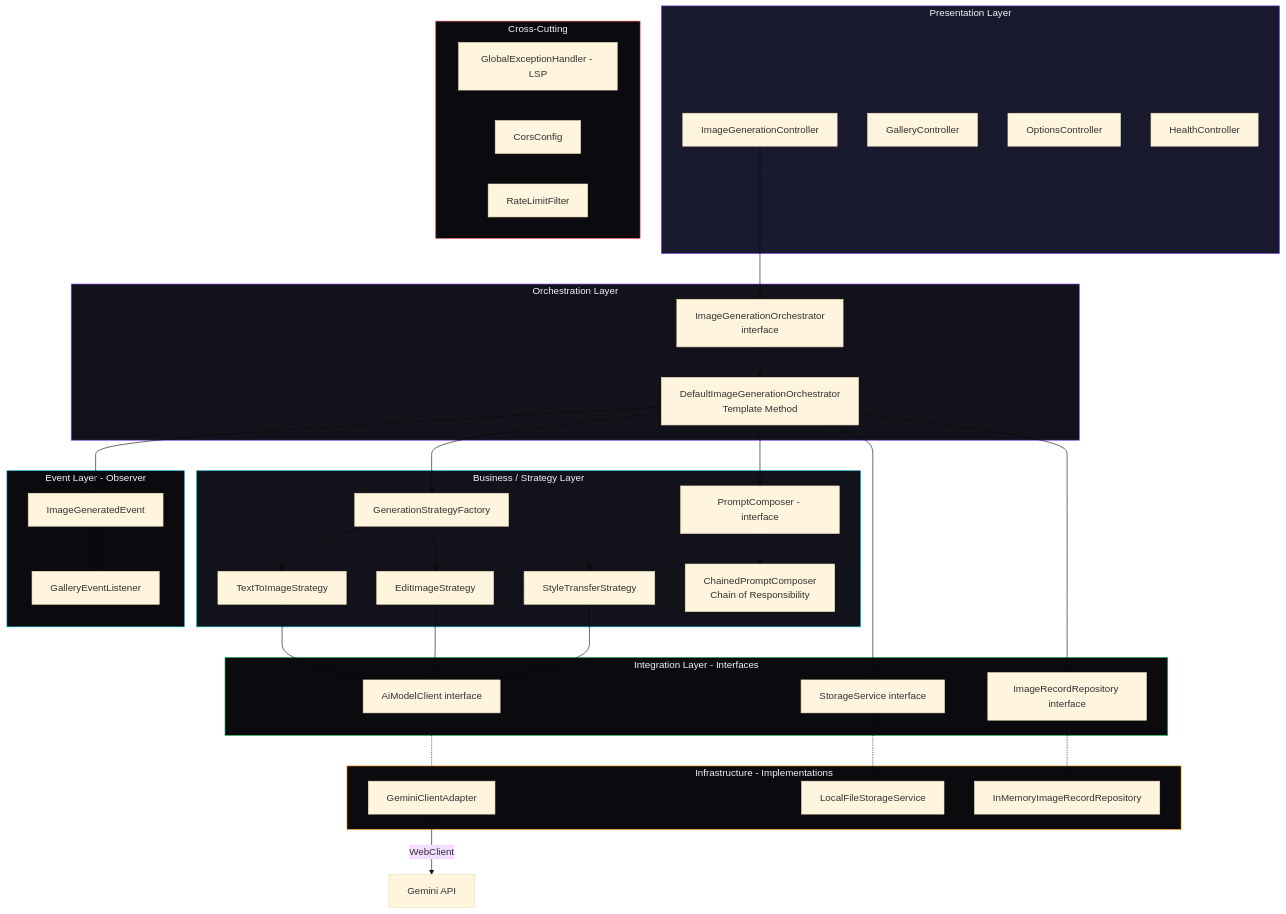
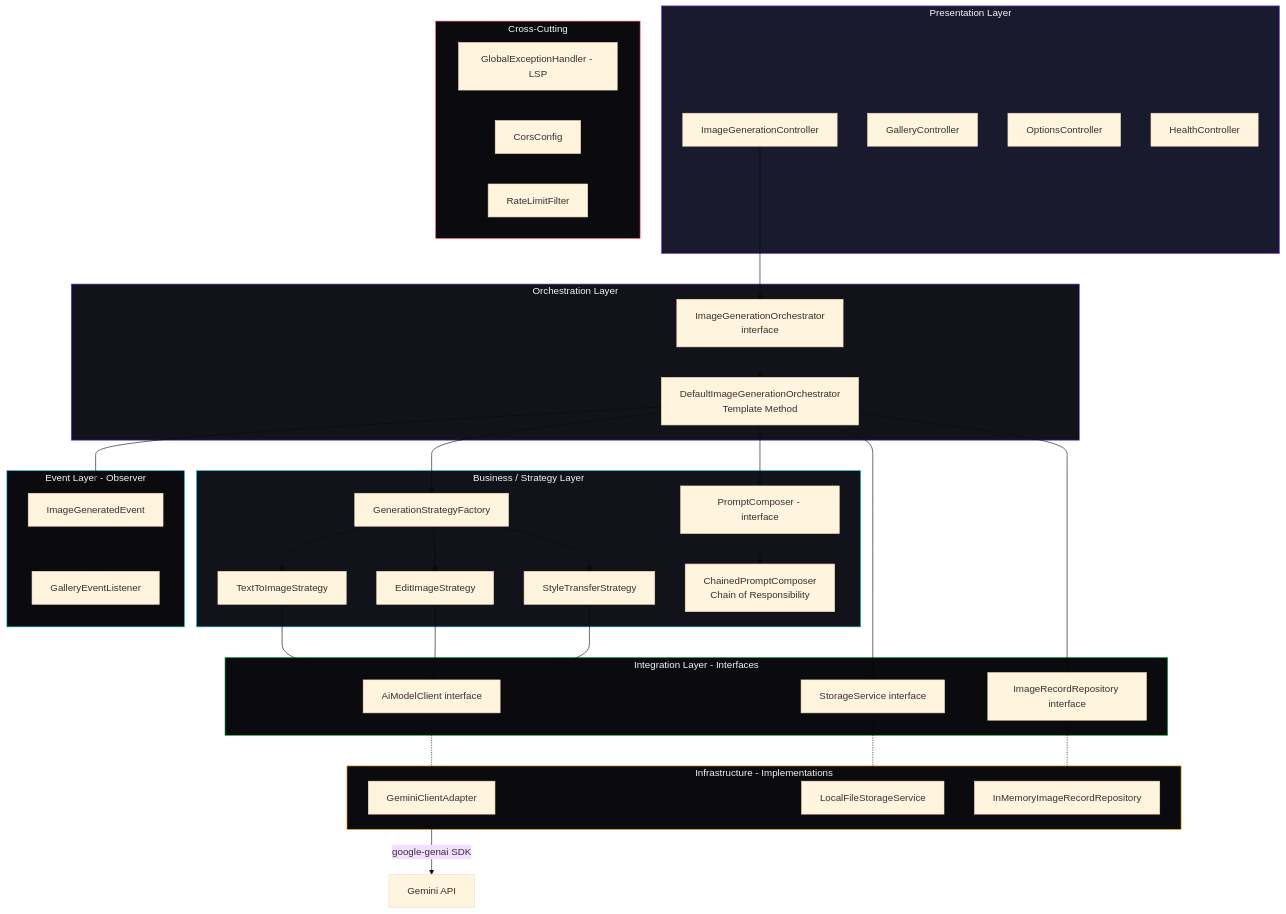
Before and after one commit to nitin737/Zero-Prompt-Creative-Studio: the fourth of 7 diagrams in docs/specs/architecture.md, drawn with Mermaid (base theme). The commit also changed other lines of this file and 17 other files, not shown here.

````diff
--- a/docs/specs/architecture.md
+++ b/docs/specs/architecture.md
@@ -345,74 +343,74 @@
 ```mermaid
 graph TD
     subgraph Presentation["Presentation Layer"]
         C1["ImageGenerationController"]
         C2["GalleryController"]
         C3["OptionsController"]
         C4["HealthController"]
     end
 
     subgraph Orchestration["Orchestration Layer"]
         O1["ImageGenerationOrchestrator<br/>interface"]
         O2["DefaultImageGenerationOrchestrator<br/>Template Method"]
     end
 
     subgraph Business["Business / Strategy Layer"]
         S1["GenerationStrategyFactory"]
         S2["TextToImageStrategy"]
         S3["EditImageStrategy"]
         S4["StyleTransferStrategy"]
         P1["PromptComposer - interface"]
         P2["ChainedPromptComposer<br/>Chain of Responsibility"]
     end
 
     subgraph Integration["Integration Layer - Interfaces"]
         I1["AiModelClient interface"]
         I2["StorageService interface"]
         I3["ImageRecordRepository interface"]
     end
 
     subgraph Infra["Infrastructure - Implementations"]
         IA["GeminiClientAdapter"]
         IB["LocalFileStorageService"]
         IC["InMemoryImageRecordRepository"]
     end
 
     subgraph Events["Event Layer - Observer"]
         E1["ImageGeneratedEvent"]
         E2["GalleryEventListener"]
     end
 
     subgraph CrossCut["Cross-Cutting"]
         X1["GlobalExceptionHandler - LSP"]
         X2["CorsConfig"]
         X3["RateLimitFilter"]
     end
 
     C1 --> O1
     O1 -.-> O2
     O2 --> P1
     P1 -.-> P2
     O2 --> S1
     S1 --> S2
     S1 --> S3
     S1 --> S4
     S2 --> I1
     S3 --> I1
     S4 --> I1
     I1 -.-> IA
     O2 --> I2
     O2 --> I3
     I2 -.-> IB
     I3 -.-> IC
     O2 --> E1
     E1 --> E2
-    IA -->|"WebClient"| GeminiAPI["Gemini API"]
+    IA -->|"google-genai SDK"| GeminiAPI["Gemini API"]
 
     style Presentation fill:#1A1A2E,stroke:#7C3AED,color:#F1F5F9
     style Orchestration fill:#12121A,stroke:#7C3AED,color:#F1F5F9
     style Business fill:#12121A,stroke:#06B6D4,color:#F1F5F9
     style Integration fill:#0A0A0F,stroke:#22C55E,color:#F1F5F9
     style Infra fill:#0A0A0F,stroke:#F59E0B,color:#F1F5F9
     style Events fill:#0A0A0F,stroke:#06B6D4,color:#F1F5F9
     style CrossCut fill:#0A0A0F,stroke:#EF4444,color:#F1F5F9
 ```
````
